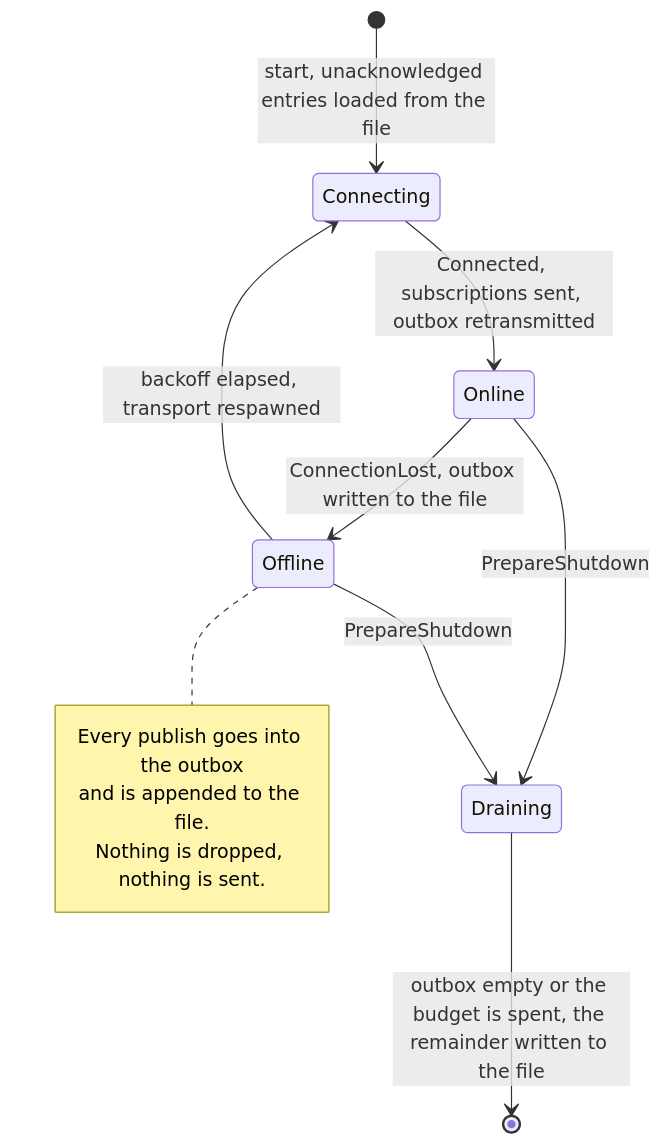
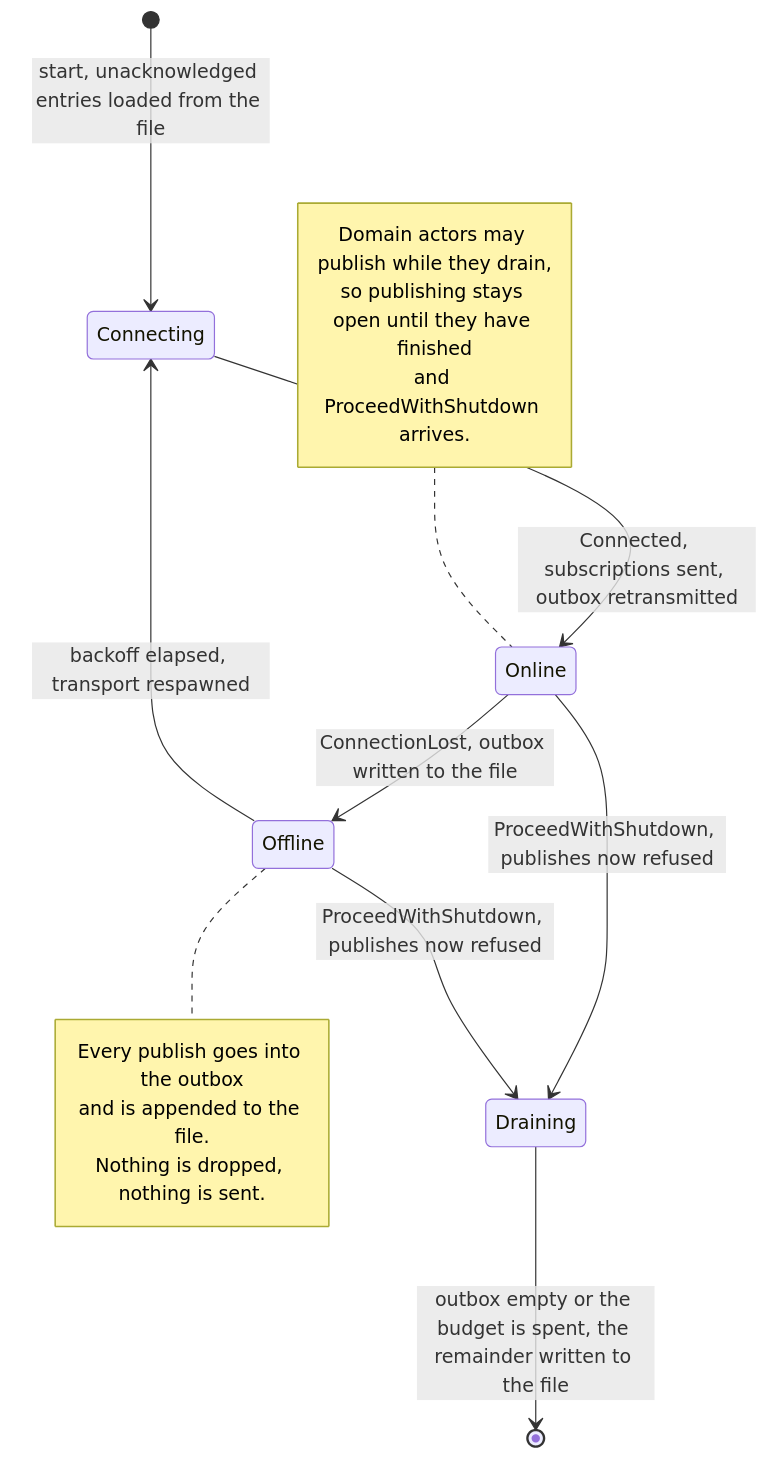
One commit to cmu-sei/Polar changed the diagram in docs/architecture/sequences/general/cassini_client_facade_states.mmd. Above: the diagram before and after it, drawn with Mermaid. The commit also changed 6 other files, not shown here.

First line of the commit message:
docs: the Cassini client design acknowledges per message, and drains at ProceedWithShutdown

```diff
--- a/docs/architecture/sequences/general/cassini_client_facade_states.mmd
+++ b/docs/architecture/sequences/general/cassini_client_facade_states.mmd
@@ -1,14 +1,20 @@
 stateDiagram-v2
     [*] --> Connecting: start, unacknowledged entries loaded from the file
     Connecting --> Online: Connected, subscriptions sent, outbox retransmitted
     Online --> Offline: ConnectionLost, outbox written to the file
     Offline --> Connecting: backoff elapsed, transport respawned
-    Online --> Draining: PrepareShutdown
-    Offline --> Draining: PrepareShutdown
+    Online --> Draining: ProceedWithShutdown, publishes now refused
+    Offline --> Draining: ProceedWithShutdown, publishes now refused
     Draining --> [*]: outbox empty or the budget is spent, the remainder written to the file
+
+    note left of Online
+        Domain actors may publish while they drain,
+        so publishing stays open until they have finished
+        and ProceedWithShutdown arrives.
+    end note
 
     note right of Offline
         Every publish goes into the outbox
         and is appended to the file.
         Nothing is dropped, nothing is sent.
     end note
```
